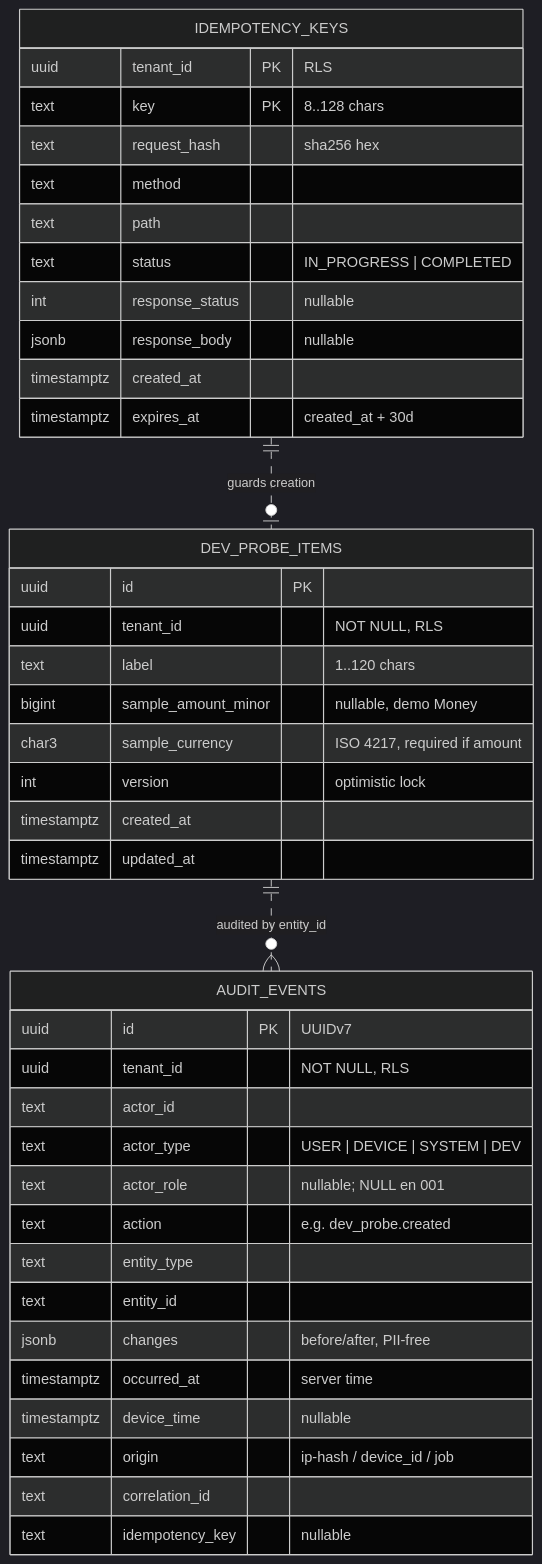
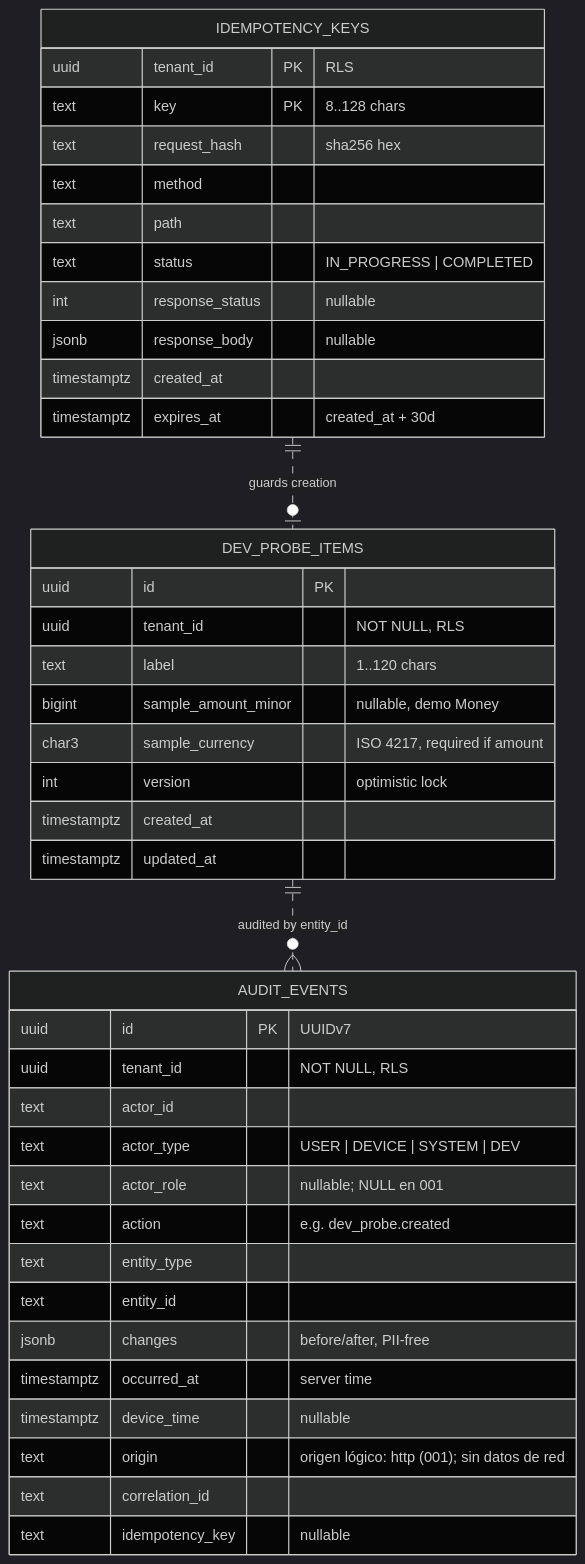
One commit to aguila486/kuota-platform changed the first of 2 diagrams in specs/001-platform-foundation/data-model.md. Above: the diagram before and after it, drawn with Mermaid (dark theme). The commit also changed other lines of this file and 2 other files, not shown here.

First line of the commit message:
docs(specs): amend data-model audit_events.origin to a logical origin and record Approval 5

````diff
--- a/specs/001-platform-foundation/data-model.md
+++ b/specs/001-platform-foundation/data-model.md
@@ -47,43 +47,43 @@
 ```mermaid
 erDiagram
     DEV_PROBE_ITEMS {
         uuid id PK
         uuid tenant_id "NOT NULL, RLS"
         text label "1..120 chars"
         bigint sample_amount_minor "nullable, demo Money"
         char3 sample_currency "ISO 4217, required if amount"
         int version "optimistic lock"
         timestamptz created_at
         timestamptz updated_at
     }
     IDEMPOTENCY_KEYS {
         uuid tenant_id PK "RLS"
         text key PK "8..128 chars"
         text request_hash "sha256 hex"
         text method
         text path
         text status "IN_PROGRESS | COMPLETED"
         int response_status "nullable"
         jsonb response_body "nullable"
         timestamptz created_at
         timestamptz expires_at "created_at + 30d"
     }
     AUDIT_EVENTS {
         uuid id PK "UUIDv7"
         uuid tenant_id "NOT NULL, RLS"
         text actor_id
         text actor_type "USER | DEVICE | SYSTEM | DEV"
         text actor_role "nullable; NULL en 001"
         text action "e.g. dev_probe.created"
         text entity_type
         text entity_id
         jsonb changes "before/after, PII-free"
         timestamptz occurred_at "server time"
         timestamptz device_time "nullable"
-        text origin "ip-hash / device_id / job"
+        text origin "origen lógico: http (001); sin datos de red"
         text correlation_id
         text idempotency_key "nullable"
     }
     DEV_PROBE_ITEMS ||..o{ AUDIT_EVENTS : "audited by entity_id"
     IDEMPOTENCY_KEYS ||..o| DEV_PROBE_ITEMS : "guards creation"
 ```
````
